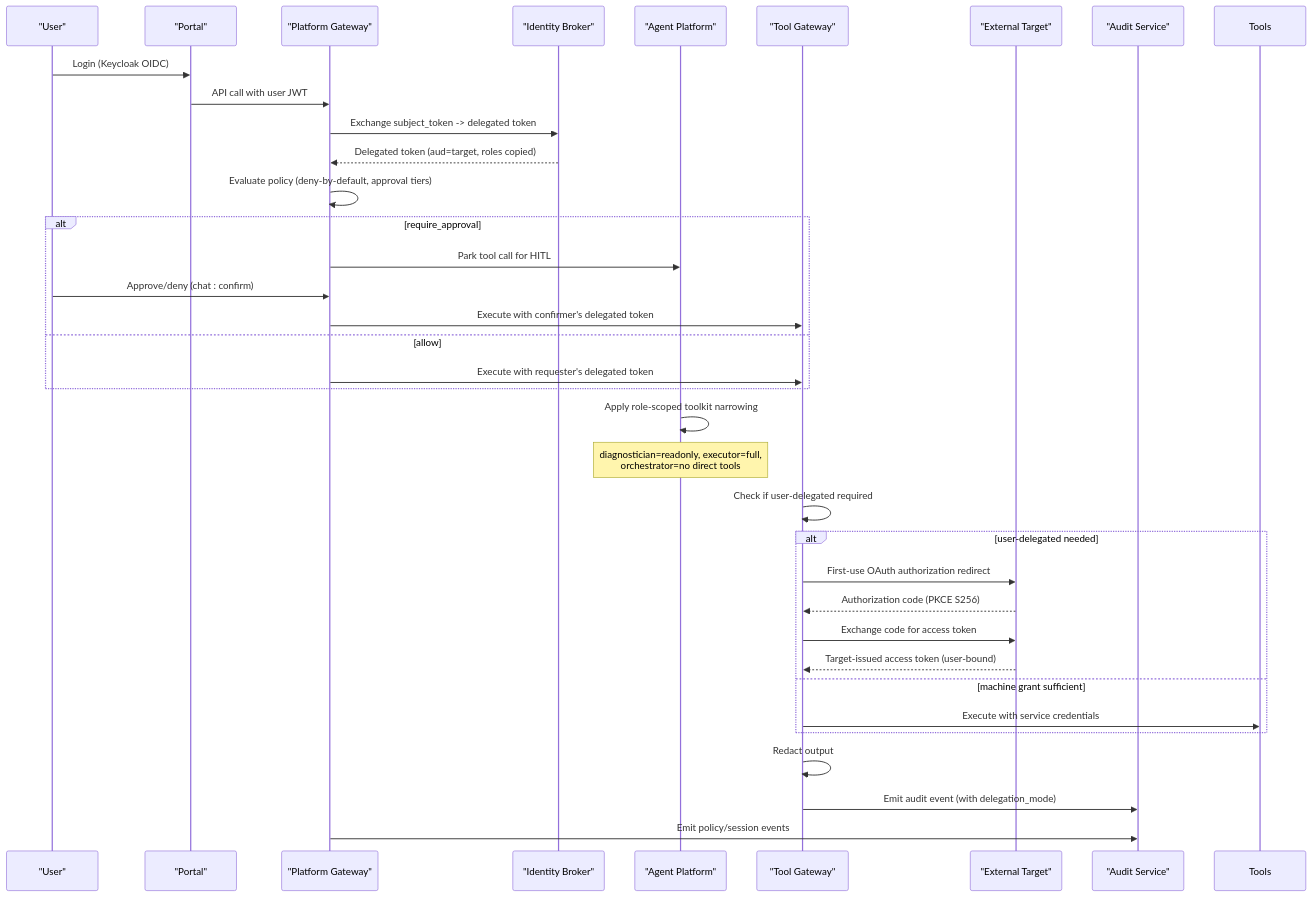
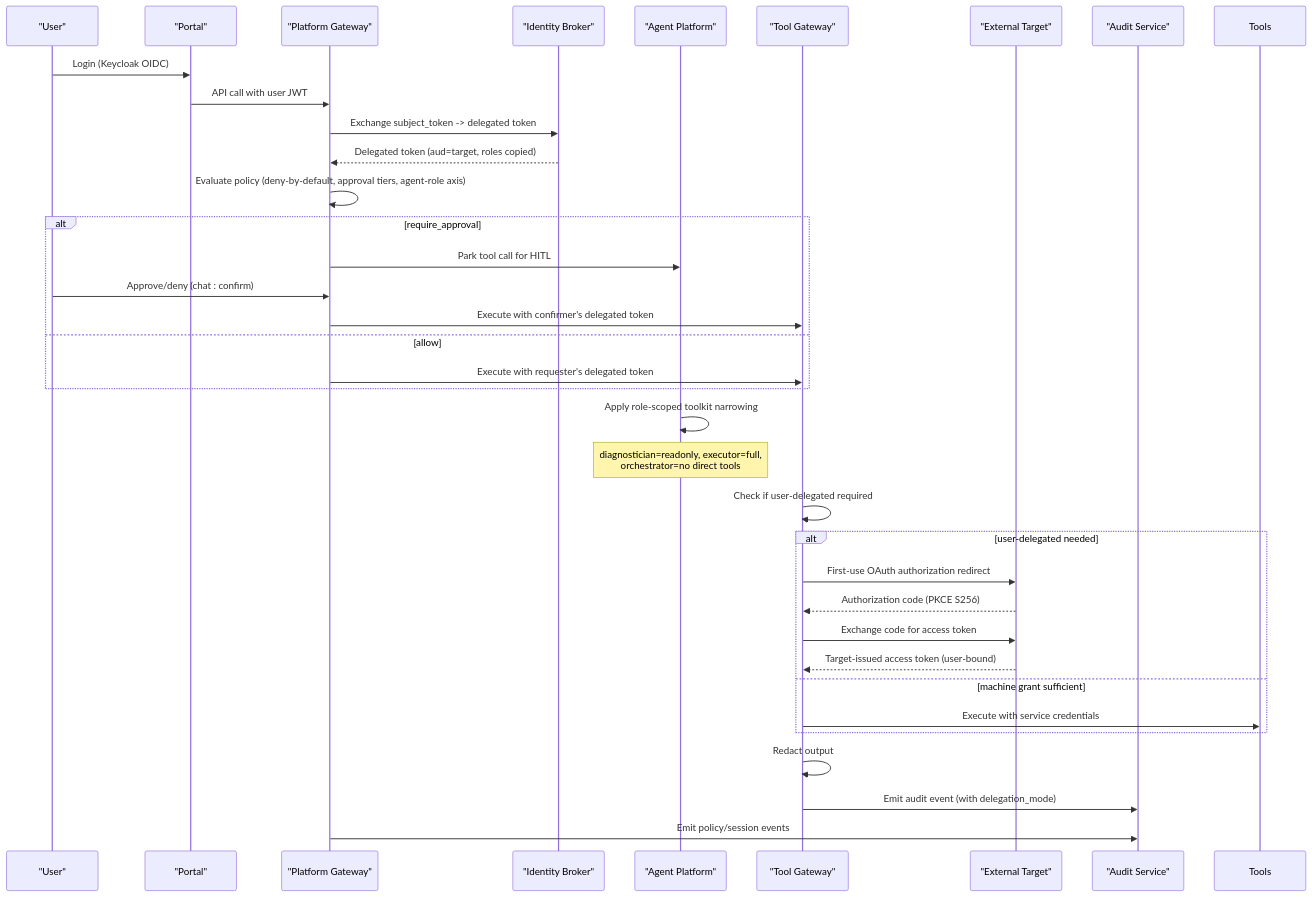
One commit to metasync/luban-aiops changed the second of 15 diagrams in .qoder/repowiki/en/content/Security and Authorization/Security and Authorization.md. Above: the diagram before and after it, drawn with Mermaid. The commit also changed other lines of this file and 128 other files, not shown here.

````diff
--- a/.qoder/repowiki/en/content/Security and Authorization/Security and Authorization.md
+++ b/.qoder/repowiki/en/content/Security and Authorization/Security and Authorization.md
@@ -129,37 +135,37 @@
 ```mermaid
 sequenceDiagram
 participant U as "User"
 participant P as "Portal"
 participant G as "Platform Gateway"
 participant B as "Identity Broker"
 participant A as "Agent Platform"
 participant T as "Tool Gateway"
 participant E as "External Target"
 participant S as "Audit Service"
 U->>P : Login (Keycloak OIDC)
 P->>G : API call with user JWT
 G->>B : Exchange subject_token -> delegated token
 B-->>G : Delegated token (aud=target, roles copied)
-G->>G : Evaluate policy (deny-by-default, approval tiers)
+G->>G : Evaluate policy (deny-by-default, approval tiers, agent-role axis)
 alt require_approval
 G->>A : Park tool call for HITL
 U->>G : Approve/deny (chat : confirm)
 G->>T : Execute with confirmer's delegated token
 else allow
 G->>T : Execute with requester's delegated token
 end
 A->>A : Apply role-scoped toolkit narrowing
 Note over A : diagnostician=readonly, executor=full,<br/>orchestrator=no direct tools
 T->>T : Check if user-delegated required
 alt user-delegated needed
 T->>E : First-use OAuth authorization redirect
 E-->>T : Authorization code (PKCE S256)
 T->>E : Exchange code for access token
 E-->>T : Target-issued access token (user-bound)
 else machine grant sufficient
 T->>Tools : Execute with service credentials
 end
 T->>T : Redact output
 T->>S : Emit audit event (with delegation_mode)
 G->>S : Emit policy/session events
 ```
````
